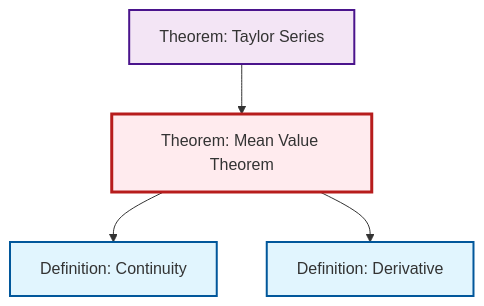
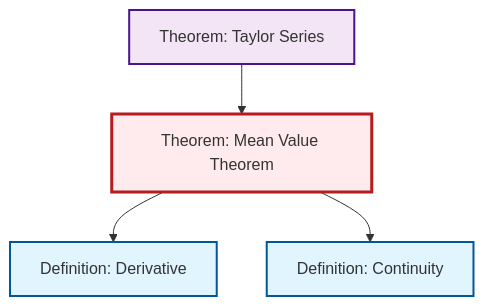
Before and after one commit to RK0429/ModernMath: the diagram in content/en/analysis/thm-mean-value.qmd, drawn with Mermaid. The commit also changed other lines of this file and 634 other files, not shown here.

````diff
--- a/content/en/analysis/thm-mean-value.qmd
+++ b/content/en/analysis/thm-mean-value.qmd
@@ -79,20 +79,20 @@
 ```{mermaid}
 %%| fig-cap: "Local dependency graph"
 graph TD
     classDef definition fill:#e1f5fe,stroke:#01579b,stroke-width:2px
     classDef theorem fill:#f3e5f5,stroke:#4a148c,stroke-width:2px
     classDef axiom fill:#fff3e0,stroke:#e65100,stroke-width:2px
     classDef example fill:#e8f5e9,stroke:#1b5e20,stroke-width:2px
     classDef current fill:#ffebee,stroke:#b71c1c,stroke-width:3px
+    def-continuity["Definition: Continuity"]:::definition
     thm-taylor-series["Theorem: Taylor Series"]:::theorem
-    def-continuity["Definition: Continuity"]:::definition
     def-derivative["Definition: Derivative"]:::definition
     thm-mean-value["Theorem: Mean Value Theorem"]:::theorem
+    thm-mean-value --> def-derivative
     thm-mean-value --> def-continuity
-    thm-mean-value --> def-derivative
     thm-taylor-series --> thm-mean-value
     class thm-mean-value current
+    click def-continuity "def-continuity.html" "Go to Continuity definition"
     click thm-taylor-series "thm-taylor-series.html" "Go to Taylor Series theorem"
-    click def-continuity "def-continuity.html" "Go to Continuity definition"
     click def-derivative "def-derivative.html" "Go to Derivative definition"
 ```
````
